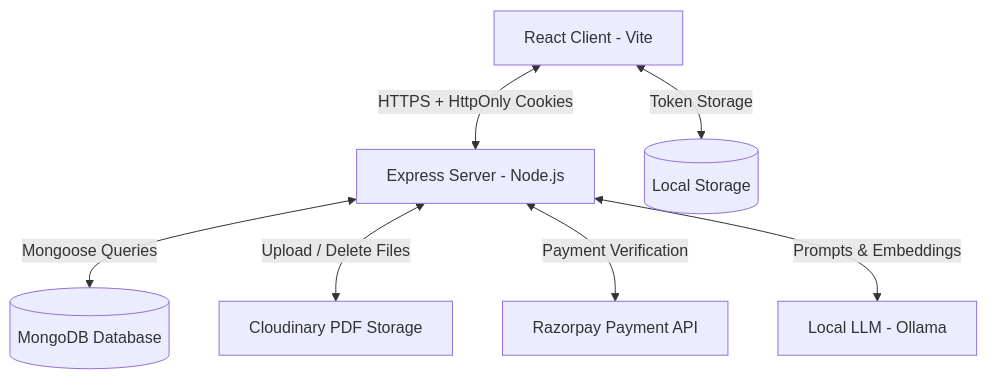
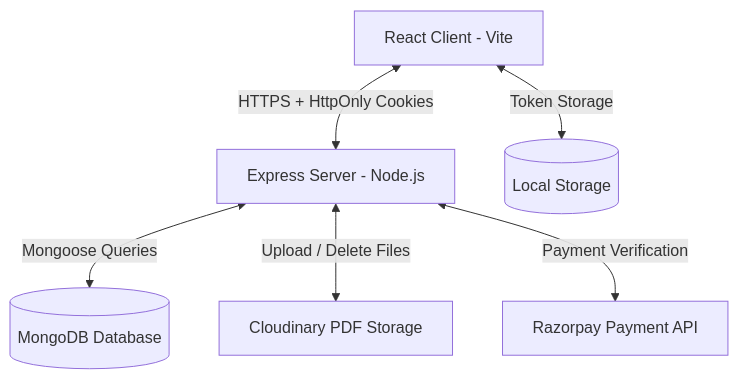
Before and after one commit to SwarnenduMani22/StudyTogether_WebApp: the diagram in README.md, drawn with Mermaid. The commit also changed other lines of this file, not shown here.

````diff
--- a/README.md
+++ b/README.md
@@ -99,9 +87,8 @@
 ```mermaid
 graph TD
     Client[React Client - Vite] <-->|HTTPS + HttpOnly Cookies| Server[Express Server - Node.js]
     Server <-->|Mongoose Queries| MongoDB[(MongoDB Database)]
     Server <-->|Upload / Delete Files| Cloudinary[Cloudinary PDF Storage]
     Client <-->|Token Storage| LocalStorage[(Local Storage)]
     Server <-->|Payment Verification| Razorpay[Razorpay Payment API]
-    Server <-->|Prompts & Embeddings| Ollama[Local LLM - Ollama]
 ```
````
